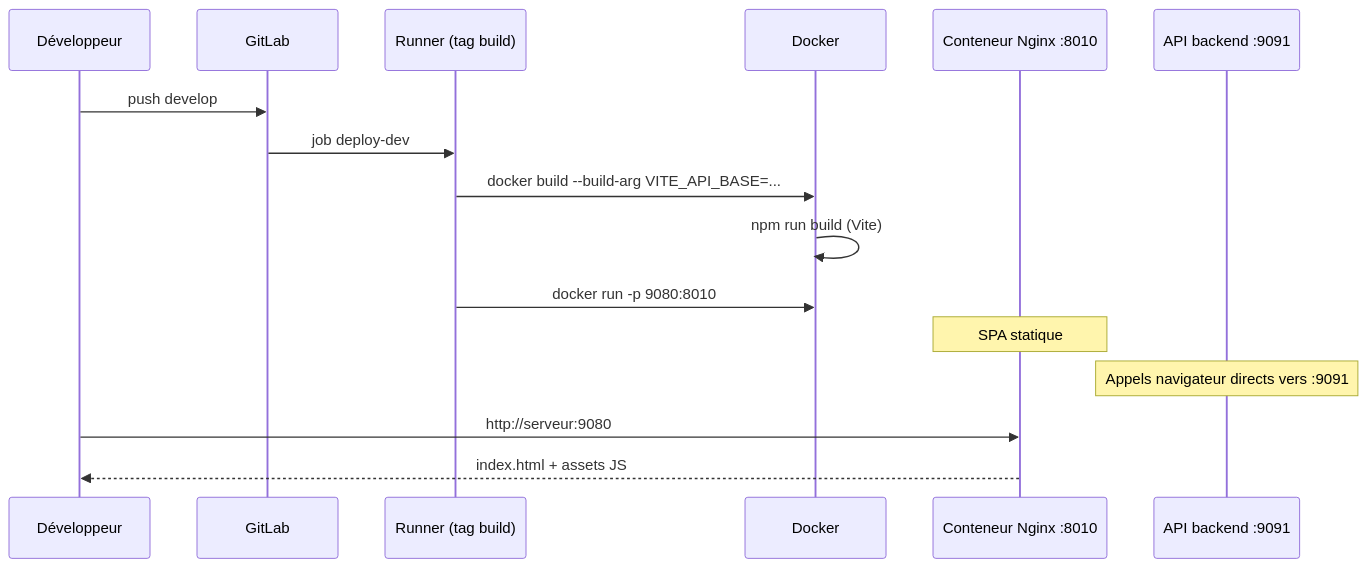
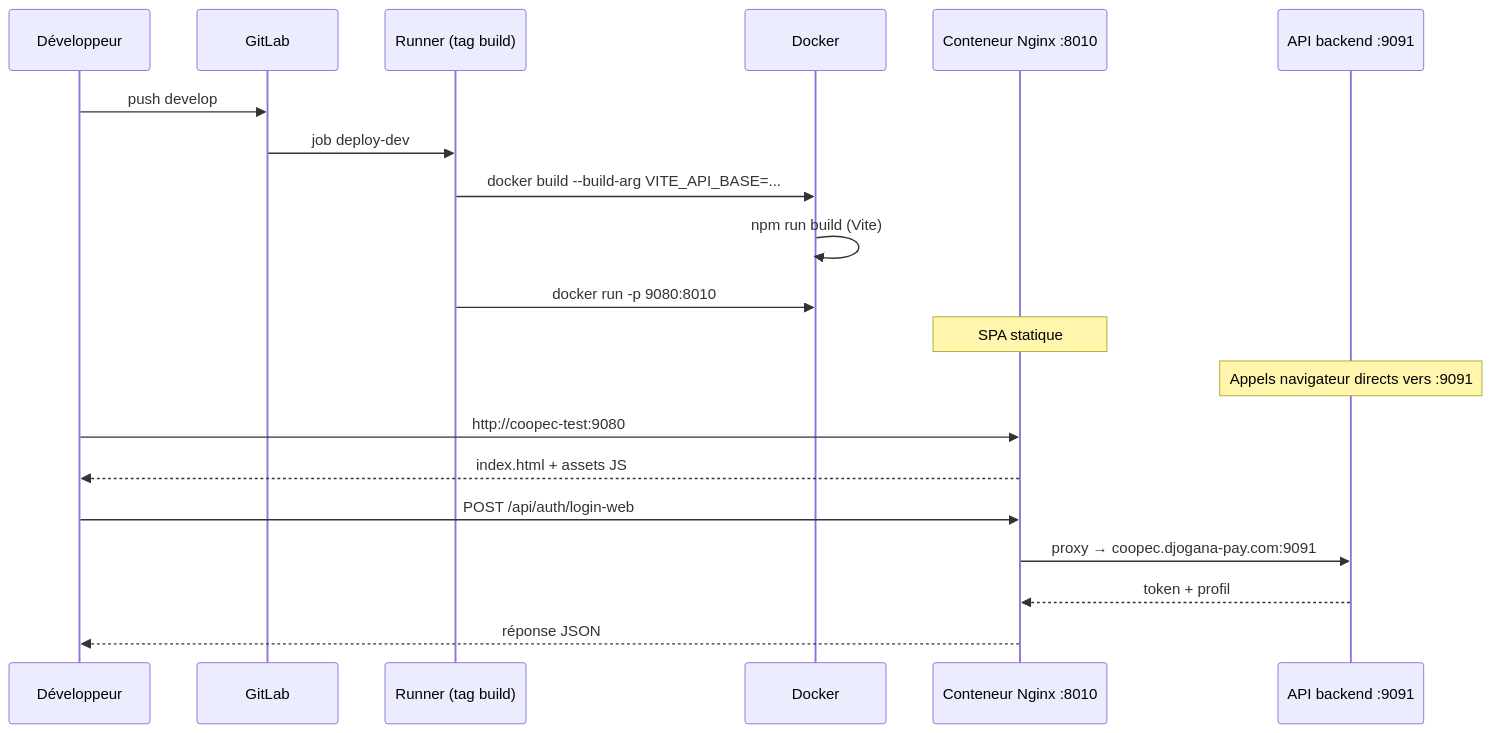
One commit to Myahse/coopec changed the third of 3 diagrams in README.md. Above: the diagram before and after it, drawn with Mermaid. The commit also changed other lines of this file and 27 other files, not shown here.

````diff
--- a/README.md
+++ b/README.md
@@ -151,19 +152,23 @@
 ```mermaid
 sequenceDiagram
   participant Dev as Développeur
   participant GL as GitLab
   participant Runner as Runner (tag build)
   participant Docker as Docker
   participant Nginx as Conteneur Nginx :8010
   participant API as API backend :9091
 
   Dev->>GL: push develop
   GL->>Runner: job deploy-dev
   Runner->>Docker: docker build --build-arg VITE_API_BASE=...
   Docker->>Docker: npm run build (Vite)
   Runner->>Docker: docker run -p 9080:8010
   Note over Nginx: SPA statique
   Note over API: Appels navigateur directs vers :9091
-  Dev->>Nginx: http://serveur:9080
+  Dev->>Nginx: http://coopec-test:9080
   Nginx-->>Dev: index.html + assets JS
+  Dev->>Nginx: POST /api/auth/login-web
+  Nginx->>API: proxy → coopec.djogana-pay.com:9091
+  API-->>Nginx: token + profil
+  Nginx-->>Dev: réponse JSON
 ```
````
